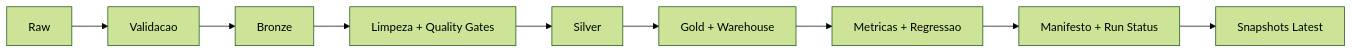
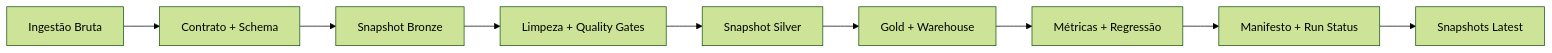
The diagram in docs/README.pt-BR.md (samuelmaia-analytics/amazon-sales-analysis), drawn with Mermaid (forest theme) before and after one commit. The commit also changed other lines of this file and 13 other files, not shown here.

````diff
--- a/docs/README.pt-BR.md
+++ b/docs/README.pt-BR.md
@@ -74,11 +23,11 @@
 ```mermaid
 flowchart LR
-    A[Raw] --> B[Validacao]
-    B --> C[Bronze]
+    A[Ingestão Bruta] --> B[Contrato + Schema]
+    B --> C[Snapshot Bronze]
     C --> D[Limpeza + Quality Gates]
-    D --> E[Silver]
+    D --> E[Snapshot Silver]
     E --> F[Gold + Warehouse]
-    F --> G[Metricas + Regressao]
+    F --> G[Métricas + Regressão]
     G --> H[Manifesto + Run Status]
     H --> I[Snapshots Latest]
 ```
````
